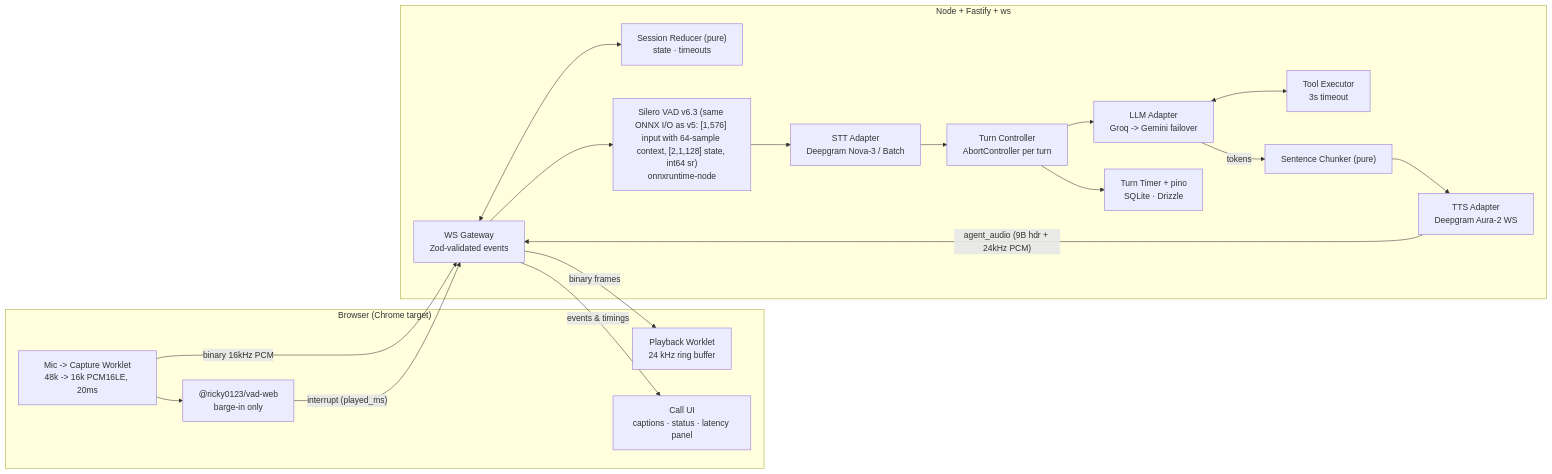
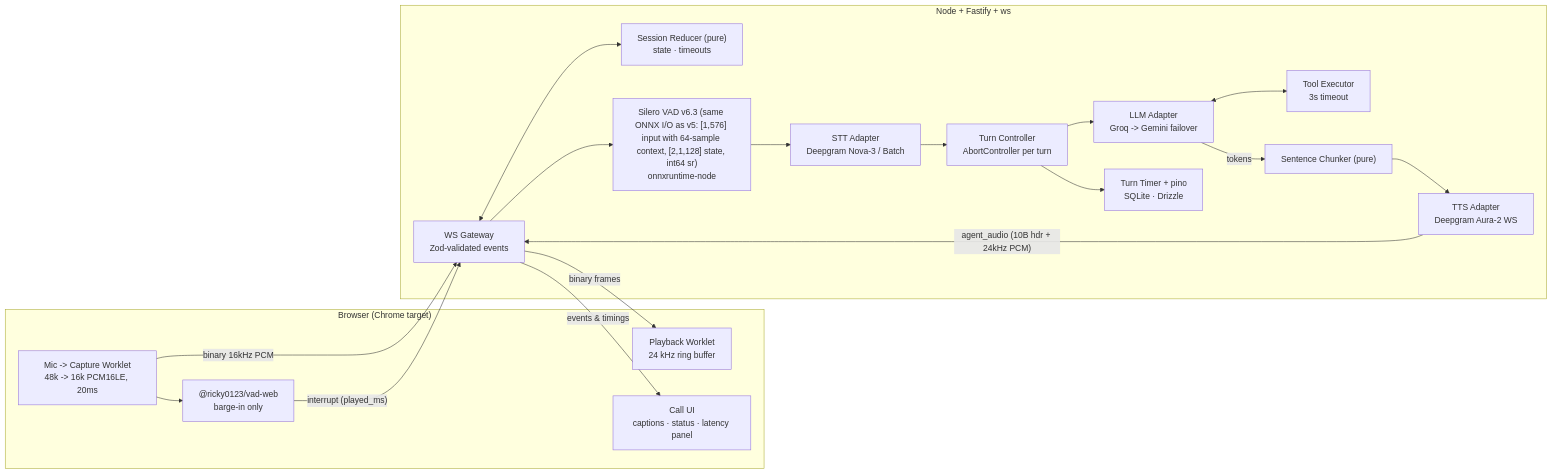
The diagram in docs/ARCHITECTURE.md (vpn-cli/amadeus), drawn with Mermaid before and after one commit. The commit also changed other lines of this file and 1 other file, not shown here.

Commit message:
docs: approve M1 design and summarize contracts in architecture

````diff
--- a/docs/ARCHITECTURE.md
+++ b/docs/ARCHITECTURE.md
@@ -61,34 +61,34 @@
 ```mermaid
 flowchart LR
   subgraph Client["Browser (Chrome target)"]
     Mic["Mic -> Capture Worklet\n48k -> 16k PCM16LE, 20ms"]
     ClientVad["@ricky0123/vad-web\nbarge-in only"]
     Play["Playback Worklet\n24 kHz ring buffer"]
     UI["Call UI\ncaptions · status · latency panel"]
   end
 
   subgraph Server["Node + Fastify + ws"]
     WS["WS Gateway\nZod-validated events"]
     Reducer["Session Reducer (pure)\nstate · timeouts"]
     Silero["Silero VAD v6.3 (same ONNX I/O as v5: [1,576] input with 64-sample context, [2,1,128] state, int64 sr)\nonnxruntime-node"]
     STT["STT Adapter\nDeepgram Nova-3 / Batch"]
     Turn["Turn Controller\nAbortController per turn"]
     LLM["LLM Adapter\nGroq -> Gemini failover"]
     Tools["Tool Executor\n3s timeout"]
     Chunker["Sentence Chunker (pure)"]
     TTS["TTS Adapter\nDeepgram Aura-2 WS"]
     Metrics["Turn Timer + pino\nSQLite · Drizzle"]
   end
 
   Mic -->|"binary 16kHz PCM"| WS
   Mic --> ClientVad
   ClientVad -->|"interrupt (played_ms)"| WS
   WS --> Silero --> STT --> Turn
   WS <--> Reducer
   Turn --> LLM
   LLM <--> Tools
-  LLM -->|"tokens"| Chunker --> TTS -->|"agent_audio (9B hdr + 24kHz PCM)"| WS
+  LLM -->|"tokens"| Chunker --> TTS -->|"agent_audio (10B hdr + 24kHz PCM)"| WS
   WS -->|"binary frames"| Play
   WS -->|"events & timings"| UI
   Turn --> Metrics
 ```
````
